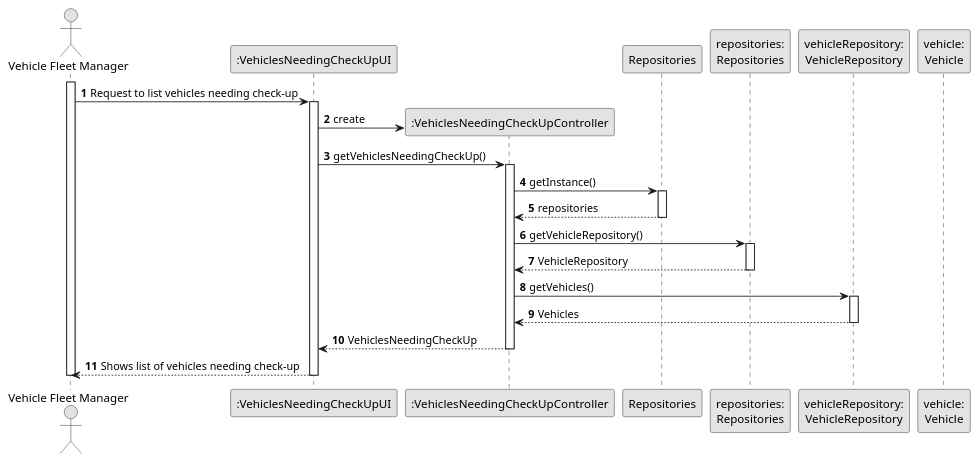
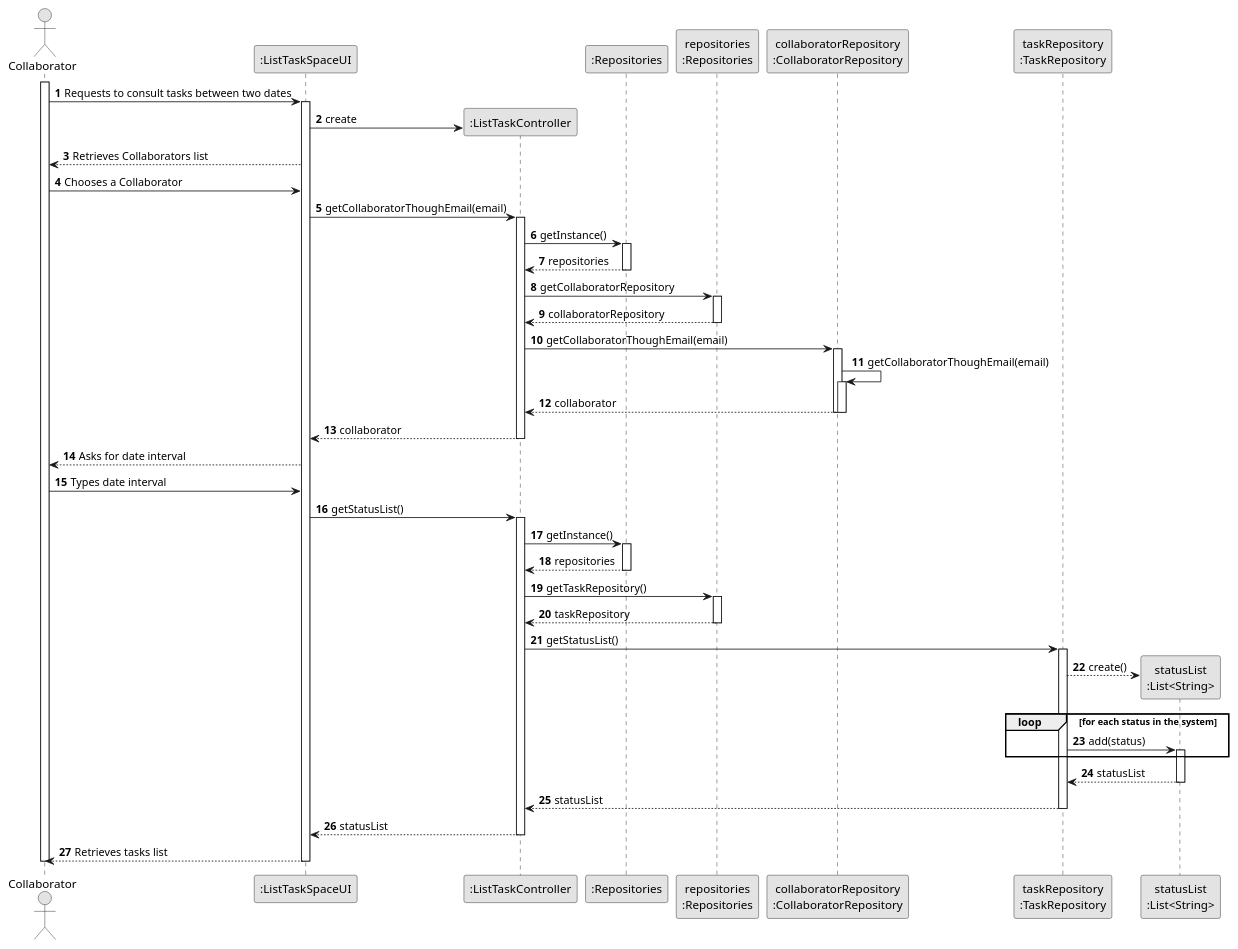
One commit to Departamento-de-Engenharia-Informatica/lei-24-s2-1df-1de-g063 changed the diagram in docs/SprintC/us28/03.design/puml/us008-sequence-diagram-full.puml. Above: the diagram before and after it, drawn with PlantUML.

Commit message:
sequence diagram us28

```diff
--- a/docs/SprintC/us28/03.design/puml/us008-sequence-diagram-full.puml
+++ b/docs/SprintC/us28/03.design/puml/us008-sequence-diagram-full.puml
@@ -1,57 +1,104 @@
 @startuml
 skinparam monochrome true
 skinparam packageStyle rectangle
 skinparam shadowing false
 
 autonumber
 
 'hide footbox
-actor "Vehicle Fleet Manager" as VFM
-participant ":VehiclesNeedingCheckUpUI" as UI
-participant ":VehiclesNeedingCheckUpController" as CTRL
-participant "Repositories" as Rep
-participant "repositories:\nRepositories" as Repositories
-participant "vehicleRepository:\nVehicleRepository" as VehicleRepository
-participant "vehicle:\nVehicle" as Vehicle
+actor "Collaborator" as VFM
+participant ":ListTaskSpaceUI" as UI
+participant ":ListTaskController" as CTRL
+participant ":Repositories" as RepositorySingleton
+participant "repositories\n:Repositories" as REP
+participant "collaboratorRepository\n:CollaboratorRepository" as collaboratorRepository
+participant "taskRepository\n:TaskRepository" as taskRepository
+participant "statusList\n:List<String>" as LISTSTATUS
+
 
 activate VFM
 
-VFM -> UI : Request to list vehicles needing check-up
+VFM -> UI : Requests to consult tasks between two dates
 
     activate UI
 
         UI -> CTRL** : create
 
-        UI -> CTRL : getVehiclesNeedingCheckUp()
+        UI --> VFM : Retrieves Collaborators list
+
+VFM -> UI : Chooses a Collaborator
+
+ UI -> CTRL : getCollaboratorThoughEmail(email)
         activate CTRL
 
-            CTRL -> Rep : getInstance()
-            activate Rep
+        CTRL -> RepositorySingleton : getInstance()
+            activate RepositorySingleton
 
-                Rep --> CTRL : repositories
-            deactivate Rep
+            RepositorySingleton --> CTRL : repositories
+            deactivate RepositorySingleton
 
-            CTRL -> Repositories : getVehicleRepository()
-            activate Repositories
+        CTRL -> REP : getCollaboratorRepository
+            activate REP
 
-            Repositories --> CTRL : VehicleRepository
-            deactivate Repositories
+            REP --> CTRL : collaboratorRepository
+            deactivate REP
+
+        CTRL -> collaboratorRepository : getCollaboratorThoughEmail(email)
+            activate collaboratorRepository
+
+            collaboratorRepository -> collaboratorRepository : getCollaboratorThoughEmail(email)
+            activate collaboratorRepository
+
+            collaboratorRepository --> CTRL : collaborator
+
+                deactivate collaboratorRepository
+
+            deactivate collaboratorRepository
+        CTRL --> UI : collaborator
+        deactivate CTRL
+UI --> VFM : Asks for date interval
 
 
-            CTRL -> VehicleRepository : getVehicles()
-            activate VehicleRepository
-
-                VehicleRepository --> CTRL : Vehicles
-            deactivate VehicleRepository
+VFM -> UI : Types date interval
 
 
-            CTRL --> UI : VehiclesNeedingCheckUp
+    UI -> CTRL : getStatusList()
+        activate CTRL
+
+        CTRL -> RepositorySingleton : getInstance()
+            activate RepositorySingleton
+
+            RepositorySingleton --> CTRL : repositories
+            deactivate RepositorySingleton
+
+        CTRL -> REP : getTaskRepository()
+            activate REP
+
+            REP --> CTRL : taskRepository
+            deactivate REP
+
+        CTRL -> taskRepository : getStatusList()
+            activate taskRepository
+
+            taskRepository --> LISTSTATUS** : create()
+                loop for each status in the system
+                    taskRepository -> LISTSTATUS : add(status)
+                        activate LISTSTATUS
+                end
+            LISTSTATUS --> taskRepository : statusList
+            deactivate LISTSTATUS
+
+        taskRepository --> CTRL : statusList
+        deactivate taskRepository
+
+        CTRL --> UI : statusList
         deactivate CTRL
 
-        UI --> VFM : Shows list of vehicles needing check-up
+UI --> VFM : Retrieves tasks list
+
 
     deactivate UI
 
 deactivate VFM
 
 @enduml
```
